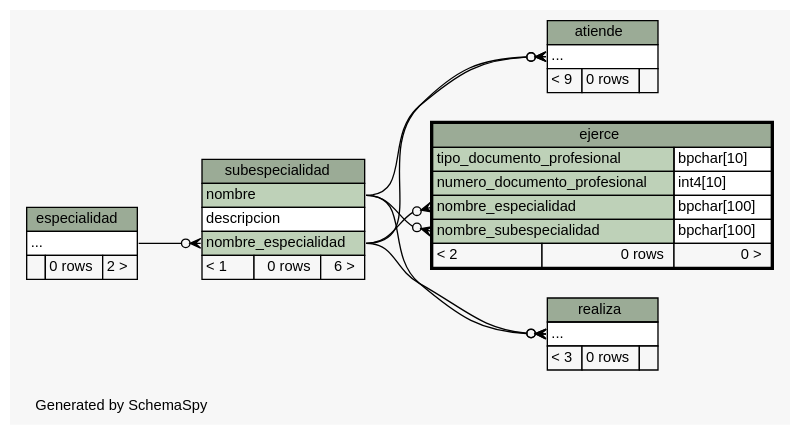
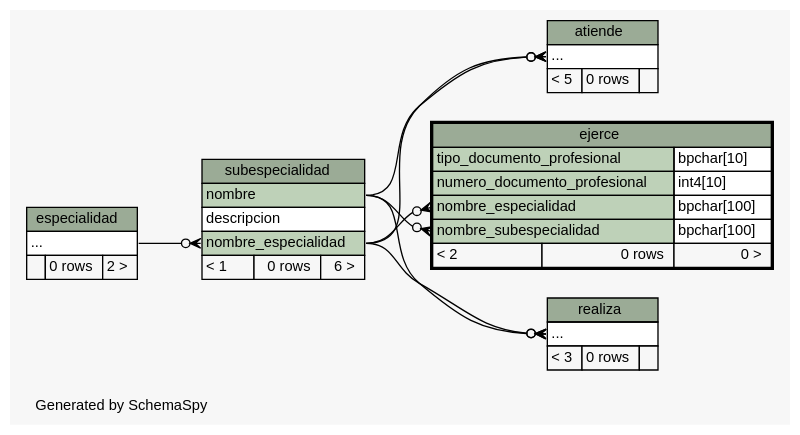
One commit to smpiano/bd-1cuat-2014-agenda-med changed the diagram in tp1/build/schema/diagrams/ejerce.2degrees.dot. Above: the diagram before and after it, drawn with Graphviz. The commit also changed 138 other files, not shown here.

```diff
--- a/tp1/build/schema/diagrams/ejerce.2degrees.dot
+++ b/tp1/build/schema/diagrams/ejerce.2degrees.dot
@@ -1,84 +1,84 @@
 // dot 2.26.3 on Linux 3.8.0-35-generic
 // SchemaSpy rev 590
 digraph "twoDegreesRelationshipsDiagram" {
   graph [
     rankdir="RL"
     bgcolor="#f7f7f7"
     label="\nGenerated by SchemaSpy"
     labeljust="l"
     nodesep="0.18"
     ranksep="0.46"
     fontname="Helvetica"
     fontsize="11"
   ];
   node [
     fontname="Helvetica"
     fontsize="11"
     shape="plaintext"
   ];
   edge [
     arrowsize="0.8"
   ];
   "atiende":"elipses":w -> "subespecialidad":"nombre_especialidad":e [arrowhead=none dir=back arrowtail=crowodot];
   "atiende":"elipses":w -> "subespecialidad":"nombre":e [arrowhead=none dir=back arrowtail=crowodot];
   "ejerce":"nombre_especialidad":w -> "subespecialidad":"nombre_especialidad":e [arrowhead=none dir=back arrowtail=crowodot];
   "ejerce":"nombre_subespecialidad":w -> "subespecialidad":"nombre":e [arrowhead=none dir=back arrowtail=crowodot];
   "realiza":"elipses":w -> "subespecialidad":"nombre_especialidad":e [arrowhead=none dir=back arrowtail=crowodot];
   "realiza":"elipses":w -> "subespecialidad":"nombre":e [arrowhead=none dir=back arrowtail=crowodot];
   "subespecialidad":"nombre_especialidad":w -> "especialidad":"elipses":e [arrowhead=none dir=back arrowtail=crowodot];
   "atiende" [
     label=<
     <TABLE BORDER="0" CELLBORDER="1" CELLSPACING="0" BGCOLOR="#ffffff">
       <TR><TD COLSPAN="3" BGCOLOR="#9bab96" ALIGN="CENTER">atiende</TD></TR>
       <TR><TD PORT="elipses" COLSPAN="3" ALIGN="LEFT">...</TD></TR>
-      <TR><TD ALIGN="LEFT" BGCOLOR="#f7f7f7">&lt; 9</TD><TD ALIGN="RIGHT" BGCOLOR="#f7f7f7">0 rows</TD><TD ALIGN="RIGHT" BGCOLOR="#f7f7f7">  </TD></TR>
+      <TR><TD ALIGN="LEFT" BGCOLOR="#f7f7f7">&lt; 5</TD><TD ALIGN="RIGHT" BGCOLOR="#f7f7f7">0 rows</TD><TD ALIGN="RIGHT" BGCOLOR="#f7f7f7">  </TD></TR>
     </TABLE>>
     URL="atiende.html"
     tooltip="atiende"
   ];
   "ejerce" [
     label=<
     <TABLE BORDER="2" CELLBORDER="1" CELLSPACING="0" BGCOLOR="#ffffff">
       <TR><TD COLSPAN="3" BGCOLOR="#9bab96" ALIGN="CENTER">ejerce</TD></TR>
       <TR><TD PORT="tipo_documento_profesional" COLSPAN="2" BGCOLOR="#bed1b8" ALIGN="LEFT">tipo_documento_profesional</TD><TD PORT="tipo_documento_profesional.type" ALIGN="LEFT">bpchar[10]</TD></TR>
       <TR><TD PORT="numero_documento_profesional" COLSPAN="2" BGCOLOR="#bed1b8" ALIGN="LEFT">numero_documento_profesional</TD><TD PORT="numero_documento_profesional.type" ALIGN="LEFT">int4[10]</TD></TR>
       <TR><TD PORT="nombre_especialidad" COLSPAN="2" BGCOLOR="#bed1b8" ALIGN="LEFT">nombre_especialidad</TD><TD PORT="nombre_especialidad.type" ALIGN="LEFT">bpchar[100]</TD></TR>
       <TR><TD PORT="nombre_subespecialidad" COLSPAN="2" BGCOLOR="#bed1b8" ALIGN="LEFT">nombre_subespecialidad</TD><TD PORT="nombre_subespecialidad.type" ALIGN="LEFT">bpchar[100]</TD></TR>
       <TR><TD ALIGN="LEFT" BGCOLOR="#f7f7f7">&lt; 2</TD><TD ALIGN="RIGHT" BGCOLOR="#f7f7f7">0 rows</TD><TD ALIGN="RIGHT" BGCOLOR="#f7f7f7">0 &gt;</TD></TR>
     </TABLE>>
     URL="ejerce.html"
     tooltip="ejerce"
   ];
   "especialidad" [
     label=<
     <TABLE BORDER="0" CELLBORDER="1" CELLSPACING="0" BGCOLOR="#ffffff">
       <TR><TD COLSPAN="3" BGCOLOR="#9bab96" ALIGN="CENTER">especialidad</TD></TR>
       <TR><TD PORT="elipses" COLSPAN="3" ALIGN="LEFT">...</TD></TR>
       <TR><TD ALIGN="LEFT" BGCOLOR="#f7f7f7">  </TD><TD ALIGN="RIGHT" BGCOLOR="#f7f7f7">0 rows</TD><TD ALIGN="RIGHT" BGCOLOR="#f7f7f7">2 &gt;</TD></TR>
     </TABLE>>
     URL="especialidad.html"
     tooltip="especialidad"
   ];
   "realiza" [
     label=<
     <TABLE BORDER="0" CELLBORDER="1" CELLSPACING="0" BGCOLOR="#ffffff">
       <TR><TD COLSPAN="3" BGCOLOR="#9bab96" ALIGN="CENTER">realiza</TD></TR>
       <TR><TD PORT="elipses" COLSPAN="3" ALIGN="LEFT">...</TD></TR>
       <TR><TD ALIGN="LEFT" BGCOLOR="#f7f7f7">&lt; 3</TD><TD ALIGN="RIGHT" BGCOLOR="#f7f7f7">0 rows</TD><TD ALIGN="RIGHT" BGCOLOR="#f7f7f7">  </TD></TR>
     </TABLE>>
     URL="realiza.html"
     tooltip="realiza"
   ];
   "subespecialidad" [
     label=<
     <TABLE BORDER="0" CELLBORDER="1" CELLSPACING="0" BGCOLOR="#ffffff">
       <TR><TD COLSPAN="3" BGCOLOR="#9bab96" ALIGN="CENTER">subespecialidad</TD></TR>
       <TR><TD PORT="nombre" COLSPAN="3" BGCOLOR="#bed1b8" ALIGN="LEFT">nombre</TD></TR>
       <TR><TD PORT="descripcion" COLSPAN="3" ALIGN="LEFT">descripcion</TD></TR>
       <TR><TD PORT="nombre_especialidad" COLSPAN="3" BGCOLOR="#bed1b8" ALIGN="LEFT">nombre_especialidad</TD></TR>
       <TR><TD ALIGN="LEFT" BGCOLOR="#f7f7f7">&lt; 1</TD><TD ALIGN="RIGHT" BGCOLOR="#f7f7f7">0 rows</TD><TD ALIGN="RIGHT" BGCOLOR="#f7f7f7">6 &gt;</TD></TR>
     </TABLE>>
     URL="subespecialidad.html"
     tooltip="subespecialidad"
   ];
 }
```
